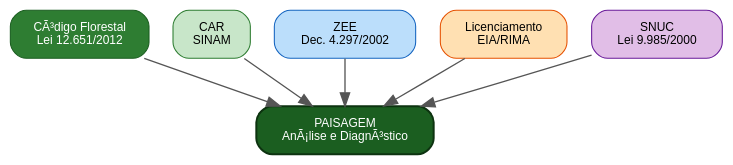
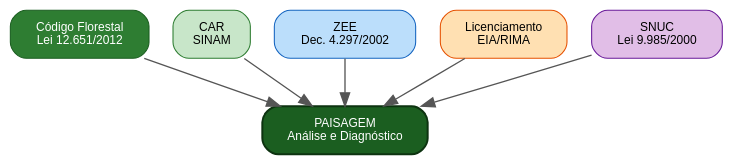
The first of 2 diagrams in aulas/analise_paisagem/aulas/legislacao_ambiental_paisagem/legislacao_ambiental_paisagem.qmd (ldvsantos/cv), drawn with Graphviz before and after one commit. The commit also changed other lines of this file and 31 other files, not shown here.

````diff
--- a/aulas/analise_paisagem/aulas/legislacao_ambiental_paisagem/legislacao_ambiental_paisagem.qmd
+++ b/aulas/analise_paisagem/aulas/legislacao_ambiental_paisagem/legislacao_ambiental_paisagem.qmd
@@ -67,23 +69,23 @@
 ```{dot}
 //| fig-cap: "Instrumentos legais que incidem sobre a paisagem rural brasileira."
 //| fig-width: 5
 digraph {
     rankdir=TB
     bgcolor="transparent"
     node [shape=box, style="rounded,filled", fontname="Helvetica", fontsize=9, margin="0.2,0.1", penwidth=0.8]
     edge [color="#555555", penwidth=1.0]
 
-    CF [label="CÃ³digo Florestal\nLei 12.651/2012", fillcolor="#2E7D32", fontcolor="white", color="#1B5E20"]
+    CF [label="Código Florestal\nLei 12.651/2012", fillcolor="#2E7D32", fontcolor="white", color="#1B5E20"]
     CAR [label="CAR\nSINAM", fillcolor="#C8E6C9", color="#2E7D32"]
     ZEE [label="ZEE\nDec. 4.297/2002", fillcolor="#BBDEFB", color="#1565C0"]
     LIC [label="Licenciamento\nEIA/RIMA", fillcolor="#FFE0B2", color="#E65100"]
     SNUC [label="SNUC\nLei 9.985/2000", fillcolor="#E1BEE7", color="#6A1B9A"]
-    P [label="PAISAGEM\nAnÃ¡lise e DiagnÃ³stico", fillcolor="#1B5E20", fontcolor="white", color="#0D3310", penwidth=1.5]
+    P [label="PAISAGEM\nAnálise e Diagnóstico", fillcolor="#1B5E20", fontcolor="white", color="#0D3310", penwidth=1.5]
 
     CF -> P
     CAR -> P
     ZEE -> P
     LIC -> P
     SNUC -> P
 }
 ```
````
